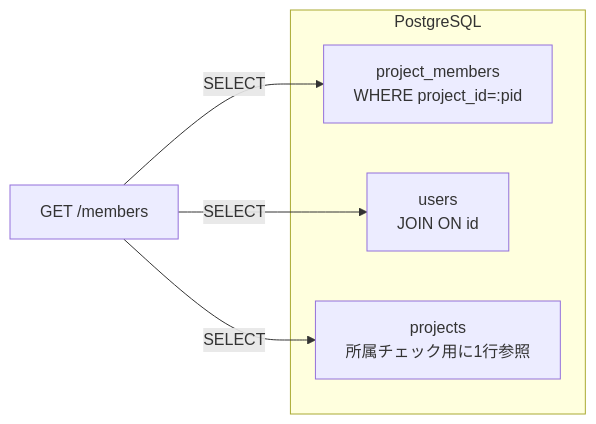
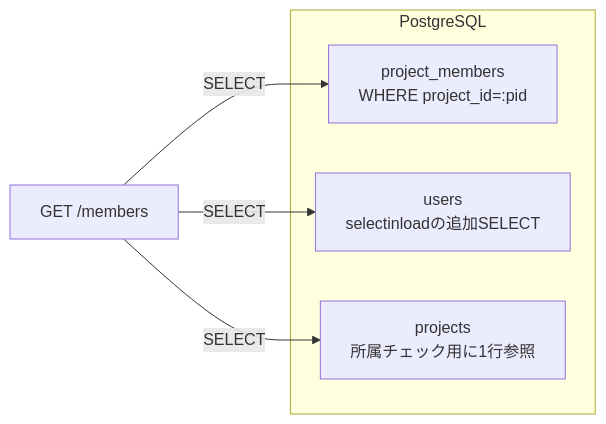
The fourth of 4 diagrams in detailed_design/api/projects/06_get_project_members.md (oikawa-d/task_management), drawn with Mermaid before and after one commit. The commit also changed other lines of this file and 22 other files, not shown here.

````diff
--- a/detailed_design/api/projects/06_get_project_members.md
+++ b/detailed_design/api/projects/06_get_project_members.md
@@ -199,11 +201,11 @@
 ```mermaid
 flowchart LR
     subgraph PG["PostgreSQL"]
         PM["project_members<br/>WHERE project_id=:pid"]
-        U["users<br/>JOIN ON id"]
+        U["users<br/>selectinloadの追加SELECT"]
         P["projects<br/>所属チェック用に1行参照"]
     end
     API["GET /members"] -->|"SELECT"| PM
     API -->|"SELECT"| U
     API -->|"SELECT"| P
 ```
````
